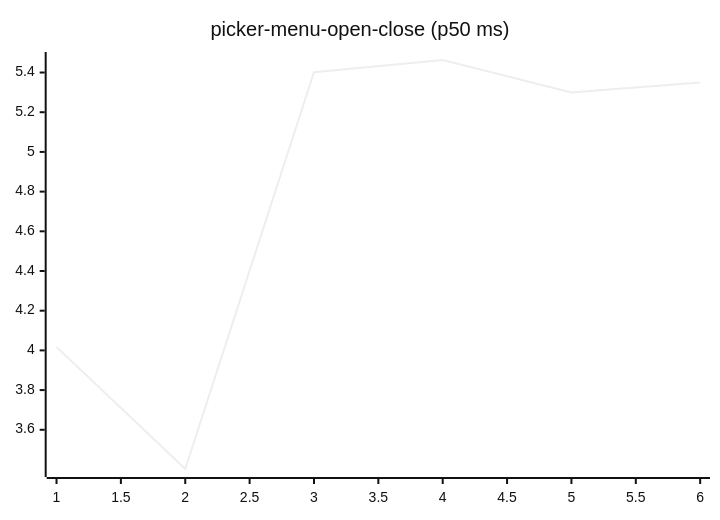
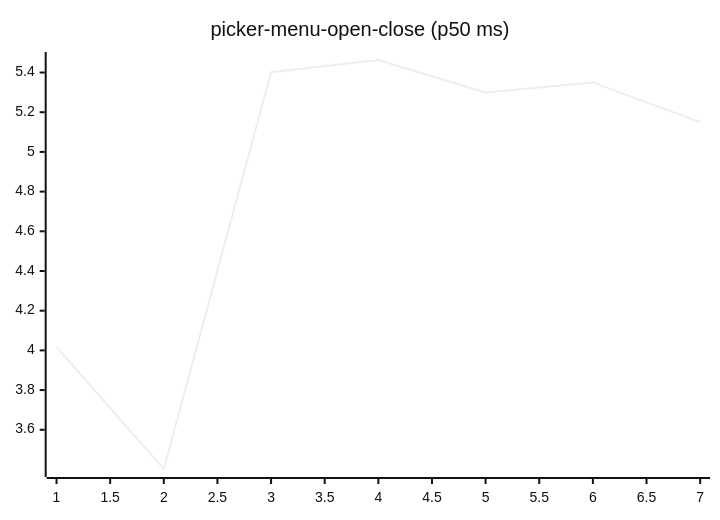
One commit to josha/Facet changed diagram 16 of 27 in README.md. Above: the diagram before and after it, drawn with Mermaid (neutral theme). The commit also changed other lines of this file and 2 other files, not shown here.

````diff
--- a/README.md
+++ b/README.md
@@ -168,6 +168,6 @@
 ```mermaid
 xychart-beta
     title "picker-menu-open-close (p50 ms)"
-    x-axis 1 --> 6
-    line [4.0174, 3.4024, 5.4017, 5.4631, 5.2994, 5.3502]
+    x-axis 1 --> 7
+    line [4.0174, 3.4024, 5.4017, 5.4631, 5.2994, 5.3502, 5.1493]
 ```
````
